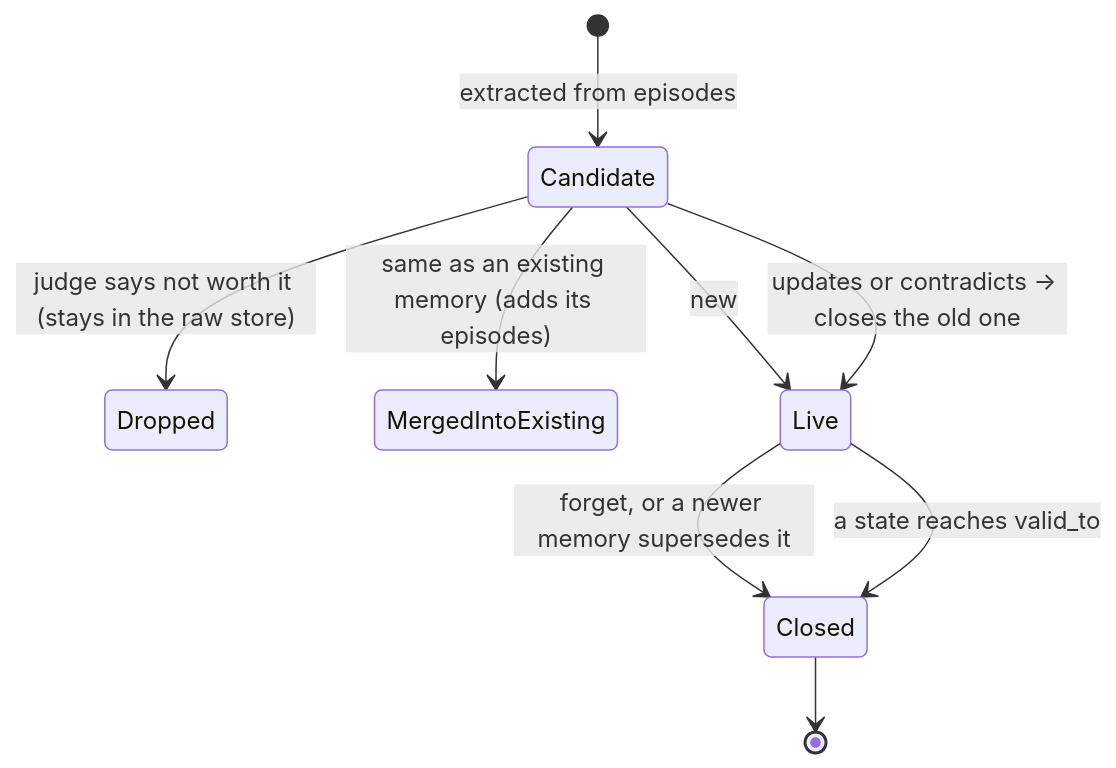
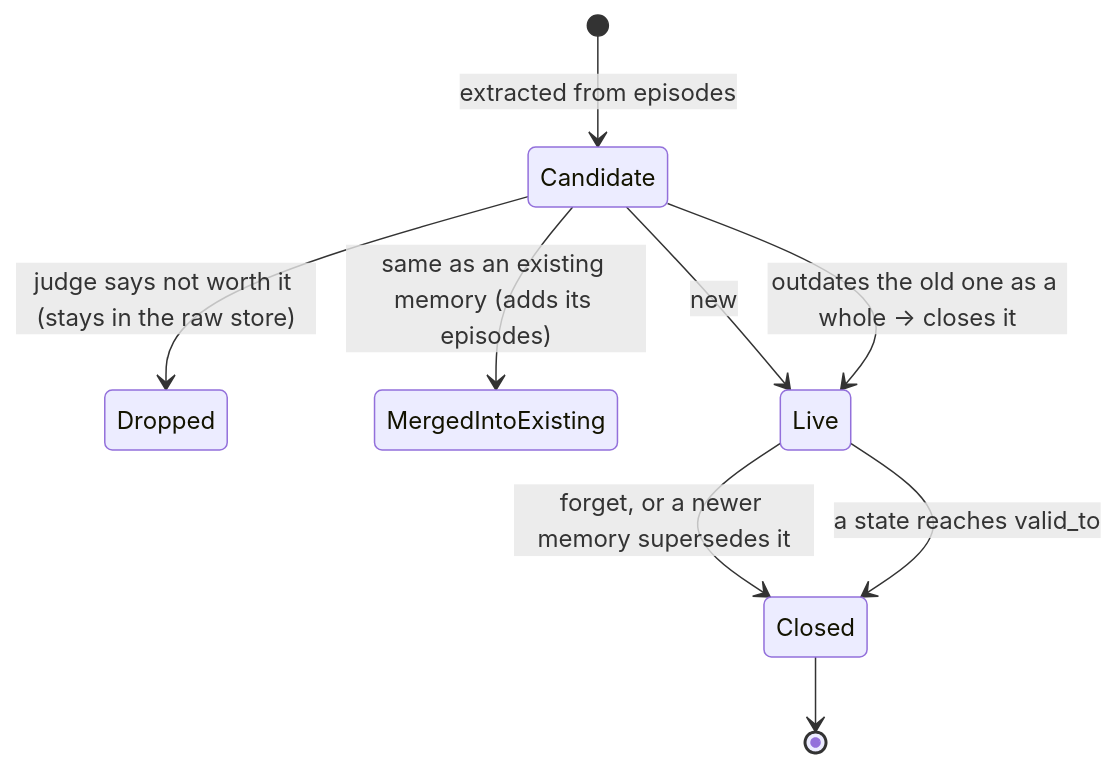
Before and after one commit to mariojcr/mnemo: the third of 3 diagrams in docs/data-model.md, drawn with Mermaid. The commit also changed 13 other files, not shown here.

````diff
--- a/docs/data-model.md
+++ b/docs/data-model.md
@@ -88,11 +88,11 @@
 ```mermaid
 stateDiagram-v2
     [*] --> Candidate: extracted from episodes
     Candidate --> Dropped: judge says not worth it (stays in the raw store)
     Candidate --> MergedIntoExisting: same as an existing memory (adds its episodes)
     Candidate --> Live: new
-    Candidate --> Live: updates or contradicts → closes the old one
+    Candidate --> Live: outdates the old one as a whole → closes it
     Live --> Closed: forget, or a newer memory supersedes it
     Live --> Closed: a state reaches valid_to
     Closed --> [*]
 ```
````
